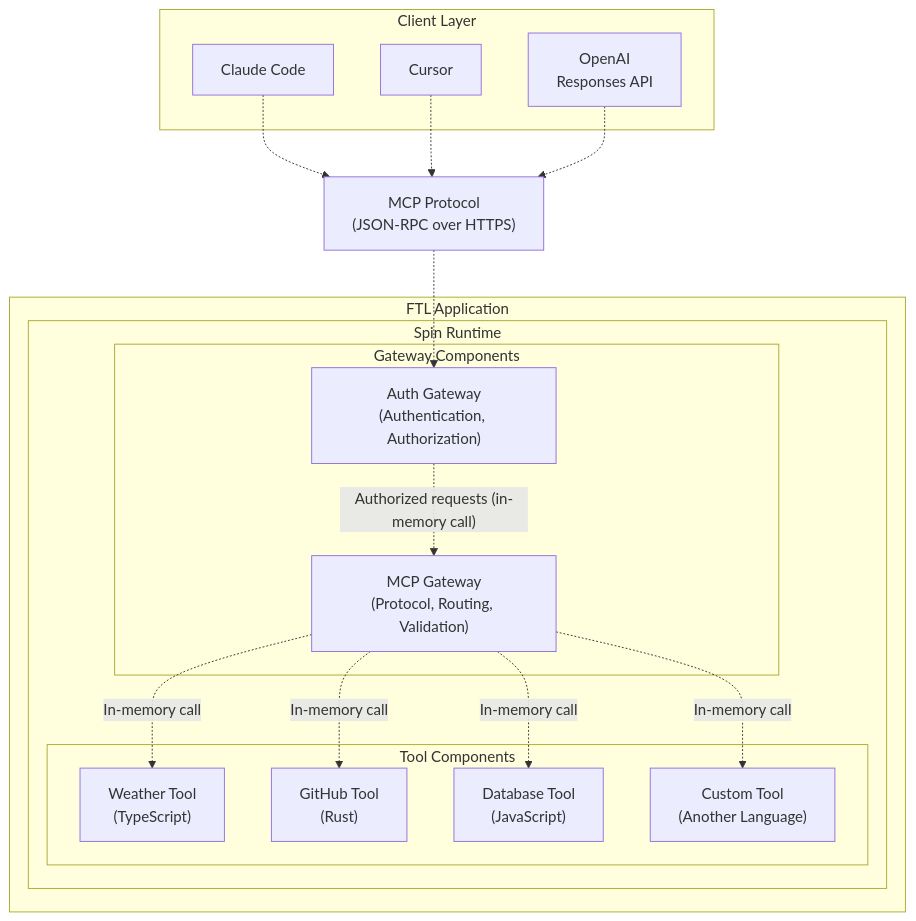
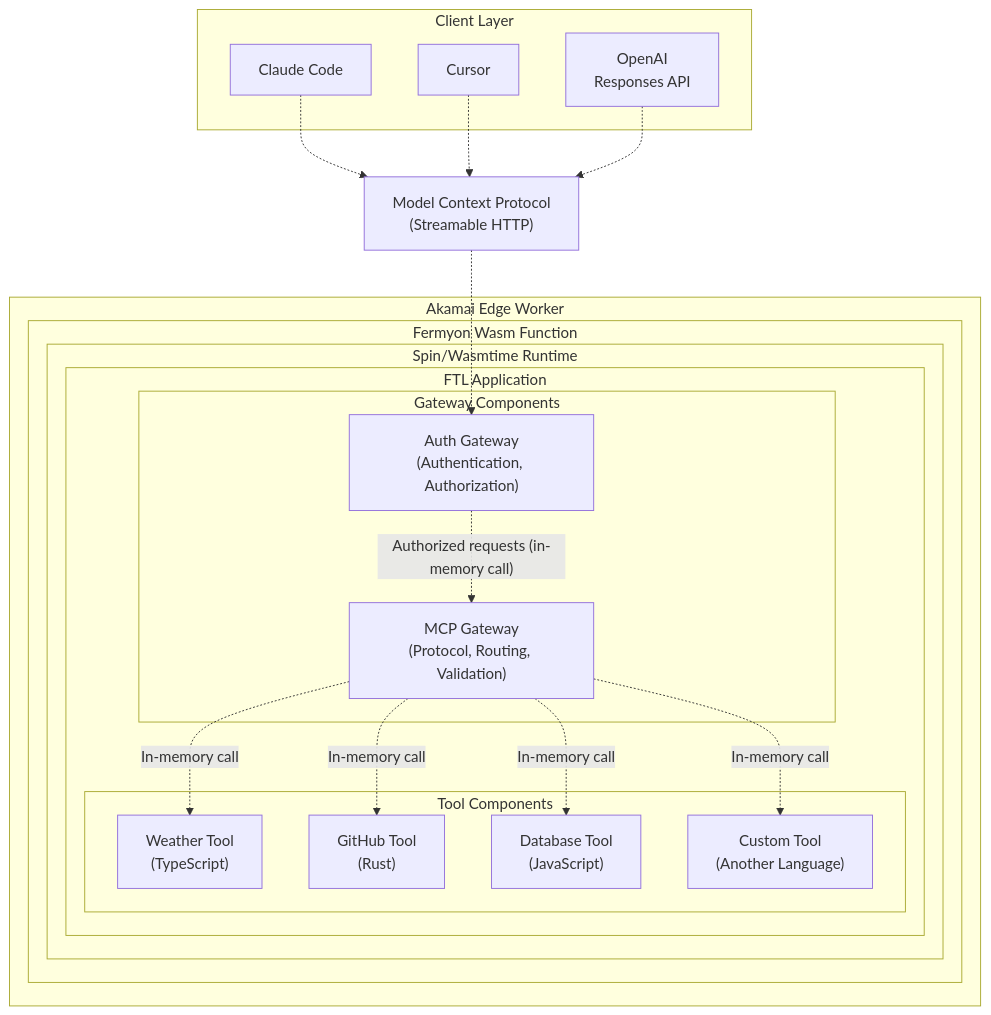
Before and after one commit to fastertools/ftl: the diagram in README.md, drawn with Mermaid.

Commit message:
docs: Readme diagram clarification

````diff
--- a/README.md
+++ b/README.md
@@ -179,36 +179,40 @@
 ```mermaid
 graph TB
     subgraph "Client Layer"
         ClaudeCode["Claude Code"]
         Cursor["Cursor"]
         OpenAI["OpenAI<br/>Responses API"]
     end
     
-    MCP["MCP Protocol<br/>(JSON-RPC over HTTPS)"]
+    MCP["Model Context Protocol<br/>(Streamable HTTP)"]
     
-    subgraph "FTL Application" 
-        subgraph "Spin Runtime"
-            subgraph "Gateway Components"
-                AuthGateway["Auth Gateway<br/>(Authentication, Authorization)"]
-                MCPGateway["MCP Gateway<br/>(Protocol, Routing, Validation)"]
-            end
-            
-            subgraph "Tool Components"
-                Weather["Weather Tool<br/>(TypeScript)"]
-                GitHub["GitHub Tool<br/>(Rust)"]
-                Database["Database Tool<br/>(JavaScript)"]
-                Custom["Custom Tool<br/>(Another Language)"]
+    subgraph "Akamai Edge Worker"
+        subgraph "Fermyon Wasm Function"
+            subgraph "Spin/Wasmtime Runtime"
+                subgraph "FTL Application"
+                    subgraph "Gateway Components"
+                        AuthGateway["Auth Gateway<br/>(Authentication, Authorization)"]
+                        MCPGateway["MCP Gateway<br/>(Protocol, Routing, Validation)"]
+                    end
+                    
+                    subgraph "Tool Components"
+                        Weather["Weather Tool<br/>(TypeScript)"]
+                        GitHub["GitHub Tool<br/>(Rust)"]
+                        Database["Database Tool<br/>(JavaScript)"]
+                        Custom["Custom Tool<br/>(Another Language)"]
+                    end
+                end
             end
         end
     end
     
     ClaudeCode -.->| | MCP
     Cursor -.->| | MCP
     OpenAI -.->| | MCP
     MCP -.->| | AuthGateway
     AuthGateway -.->|"Authorized requests (in-memory call)"| MCPGateway
     MCPGateway -.->|"In-memory call"| Weather
     MCPGateway -.->|"In-memory call"| GitHub
     MCPGateway -.->|"In-memory call"| Database
     MCPGateway -.->|"In-memory call"| Custom
 ```
````
